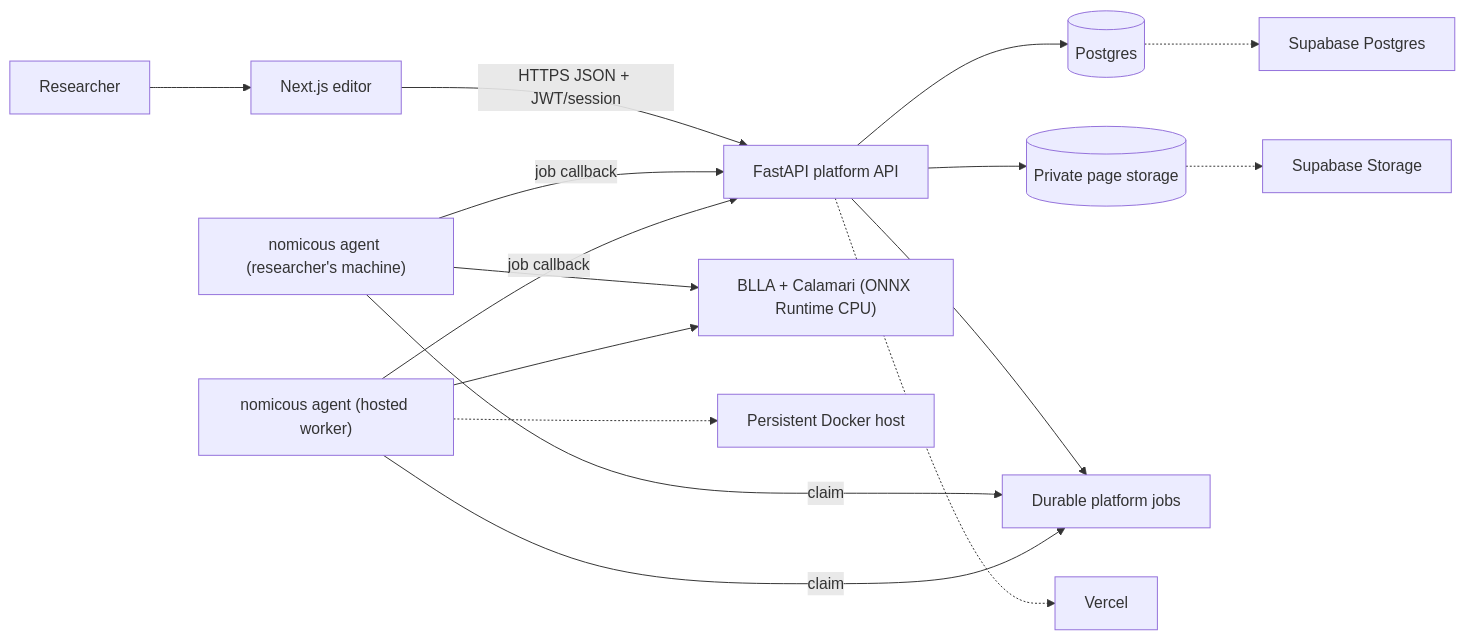
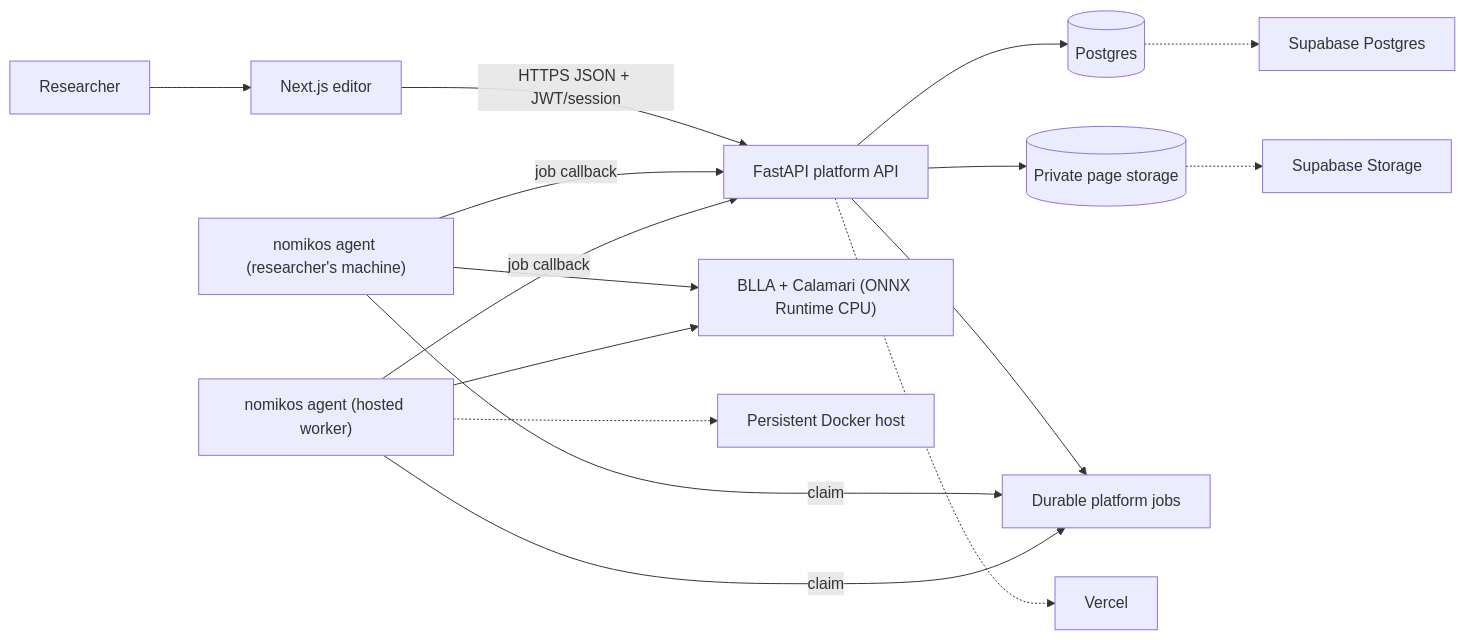
The first of 4 diagrams in docs/architecture.md (kkkamur07/greekOCR), drawn with Mermaid before and after one commit. The commit also changed other lines of this file and 644 other files, not shown here.

First line of the commit message:
rename: nomicous -> nomikos, domain -> nomikos.app

````diff
--- a/docs/architecture.md
+++ b/docs/architecture.md
@@ -9,18 +9,18 @@
 ```mermaid
 flowchart LR
     Researcher["Researcher"] --> Browser["Next.js editor"]
     Browser -->|"HTTPS JSON + JWT/session"| API["FastAPI platform API"]
     API --> DB[("Postgres")]
     API --> Storage[("Private page storage")]
     API --> Jobs["Durable platform jobs"]
-    LocalAgent["nomicous agent (researcher's machine)"] -->|"claim"| Jobs
-    HostedAgent["nomicous agent (hosted worker)"] -->|"claim"| Jobs
+    LocalAgent["nomikos agent (researcher's machine)"] -->|"claim"| Jobs
+    HostedAgent["nomikos agent (hosted worker)"] -->|"claim"| Jobs
     LocalAgent --> Models["BLLA + Calamari (ONNX Runtime CPU)"]
     HostedAgent --> Models
     LocalAgent -->|"job callback"| API
     HostedAgent -->|"job callback"| API
     API -.-> Vercel["Vercel"]
     DB -.-> Supabase["Supabase Postgres"]
     Storage -.-> SupabaseStorage["Supabase Storage"]
     HostedAgent -.-> Docker["Persistent Docker host"]
 ```
````
